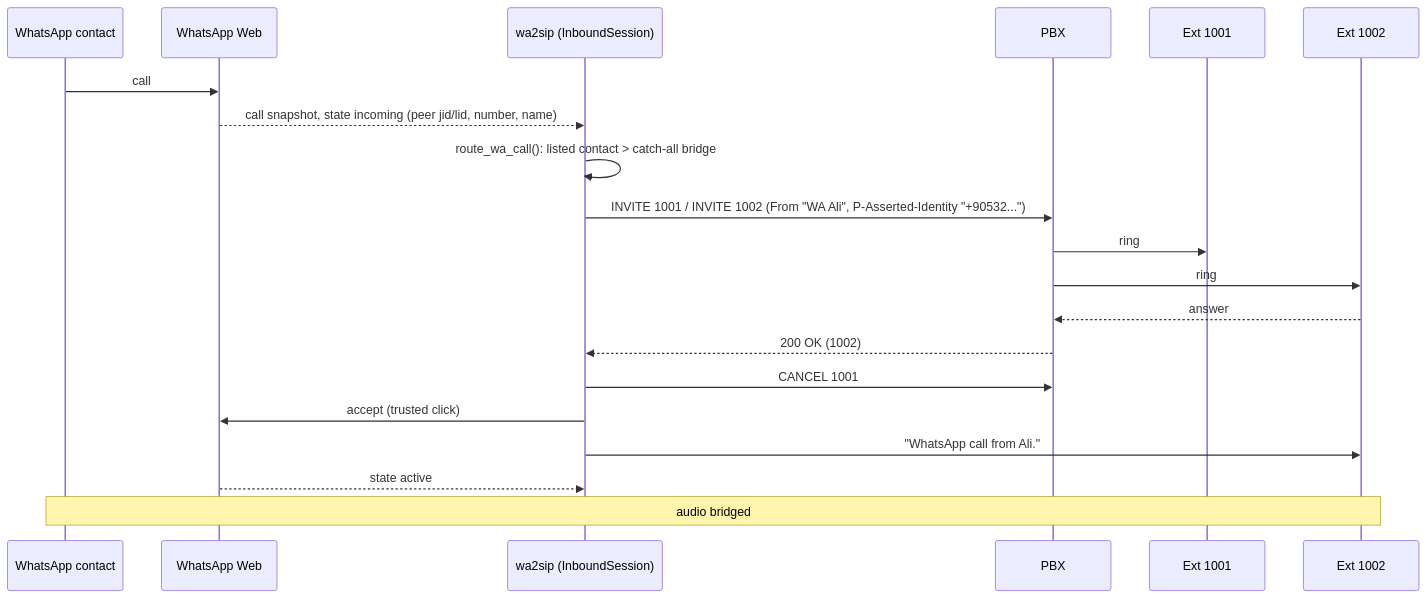
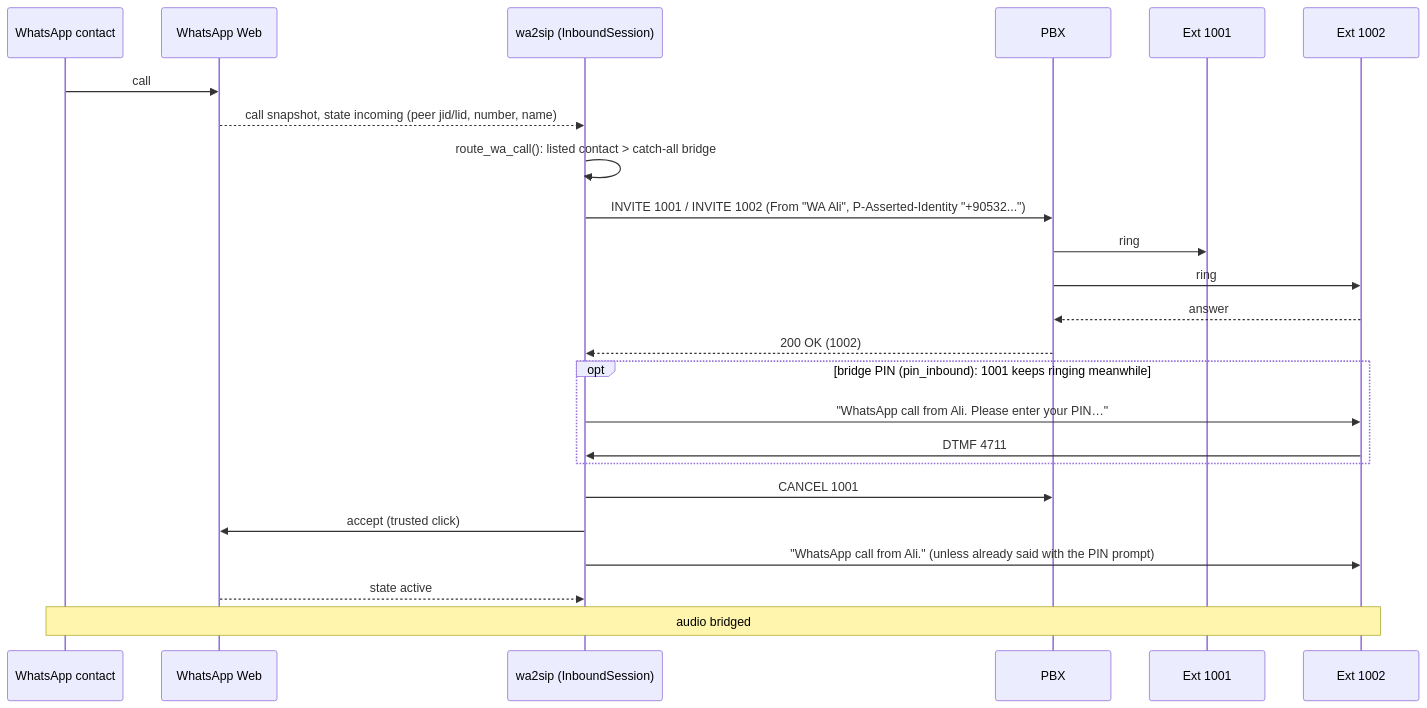
Before and after one commit to revocx35/wa2sip: the third of 3 diagrams in ARCHITECTURE.md, drawn with Mermaid. The commit also changed other lines of this file and 15 other files, not shown here.

First line of the commit message:
Bridge PIN for both call directions (v0.2.0)

````diff
--- a/ARCHITECTURE.md
+++ b/ARCHITECTURE.md
@@ -235,22 +243,26 @@
 ```mermaid
 sequenceDiagram
     participant C as WhatsApp contact
     participant W as WhatsApp Web
     participant E as wa2sip (InboundSession)
     participant X as PBX
     participant P1 as Ext 1001
     participant P2 as Ext 1002
     C->>W: call
     W-->>E: call snapshot, state incoming (peer jid/lid, number, name)
     E->>E: route_wa_call(): listed contact > catch-all bridge
     E->>X: INVITE 1001 / INVITE 1002 (From "WA Ali", P-Asserted-Identity "+90532...")
     X->>P1: ring
     X->>P2: ring
     P2-->>X: answer
     X-->>E: 200 OK (1002)
+    opt bridge PIN (pin_inbound): 1001 keeps ringing meanwhile
+      E->>P2: "WhatsApp call from Ali. Please enter your PIN…"
+      P2->>E: DTMF 4711#
+    end
     E->>X: CANCEL 1001
     E->>W: accept (trusted click)
-    E->>P2: "WhatsApp call from Ali."
+    E->>P2: "WhatsApp call from Ali." (unless already said with the PIN prompt)
     W-->>E: state active
     Note over C,P2: audio bridged
 ```
````
